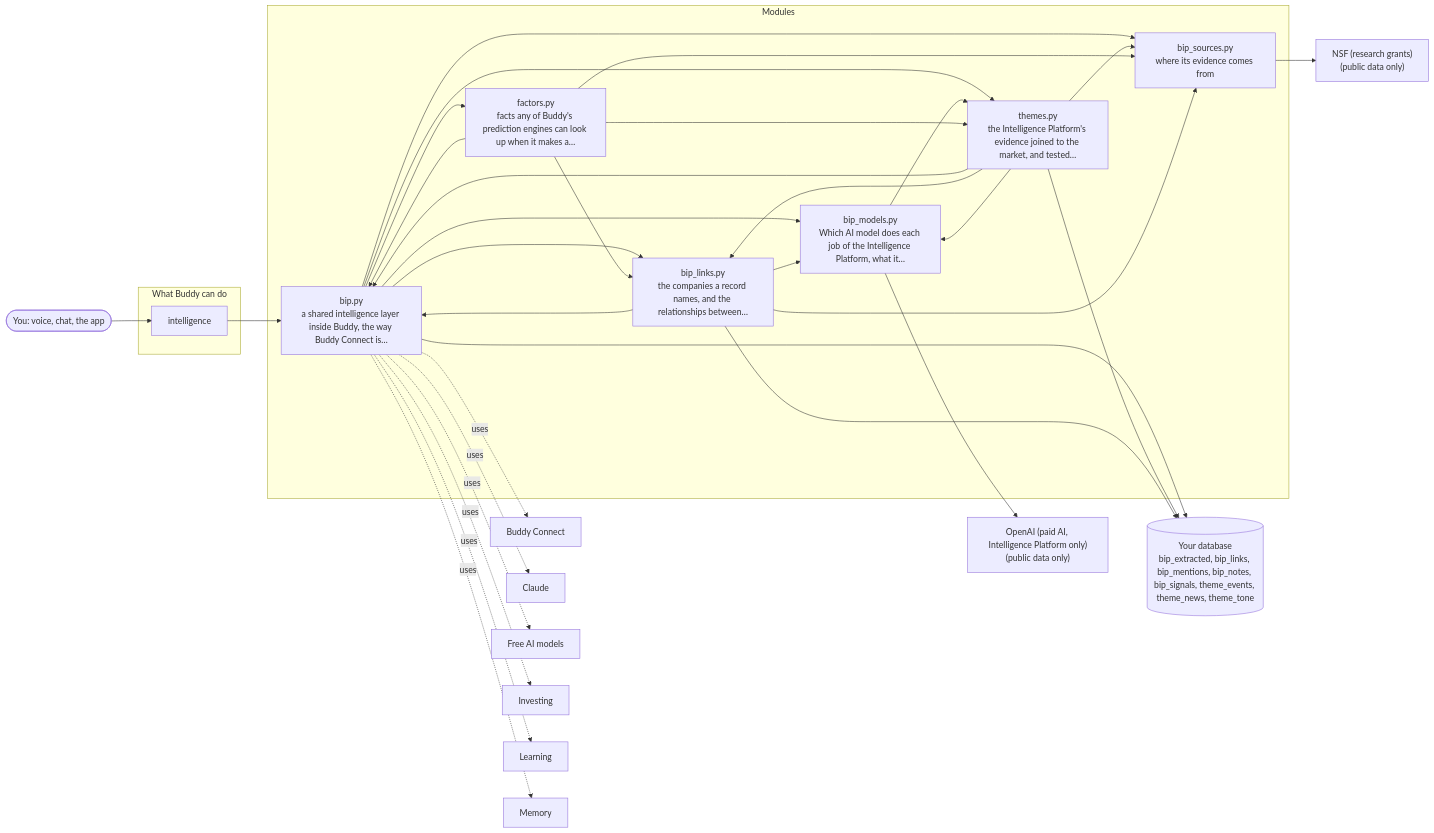
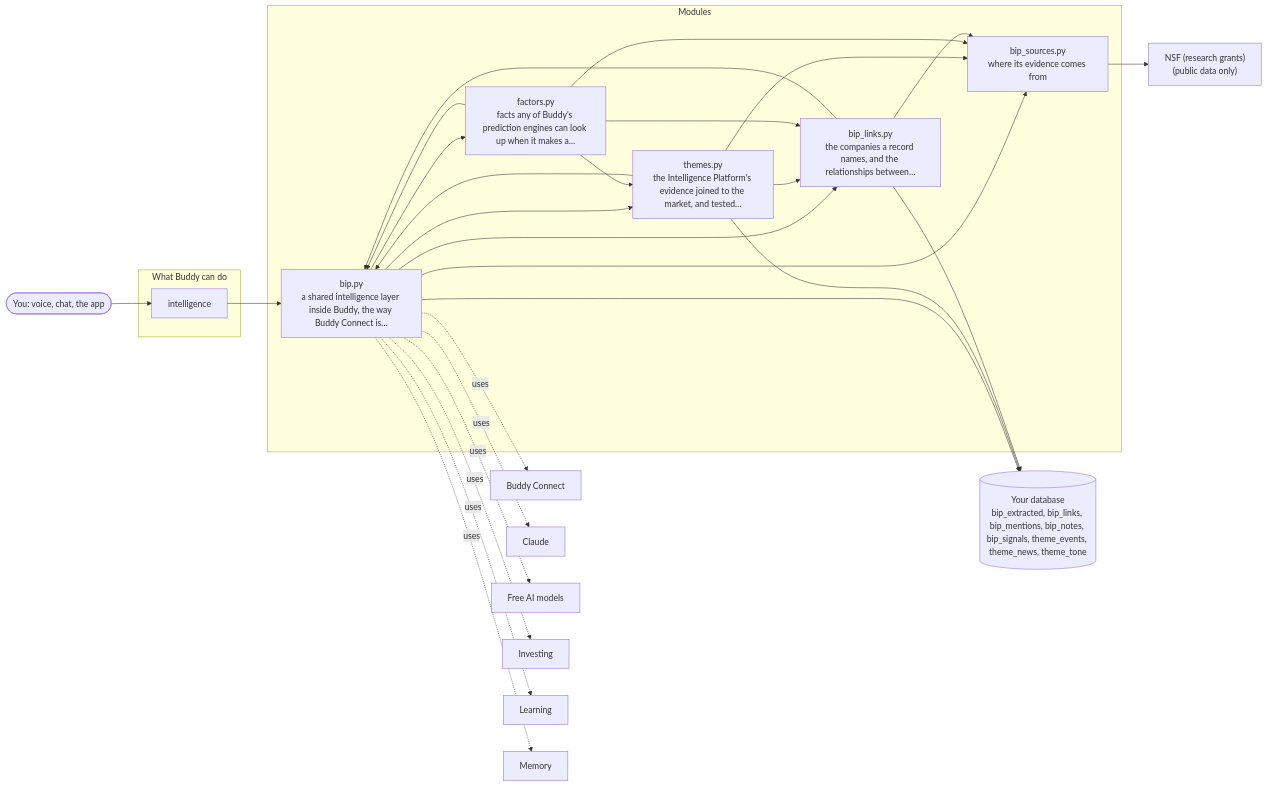
Before and after one commit to aneesh304810/BuddyAgent: the diagram in docs/architecture/20-buddy-intelligence-platform.md, drawn with Mermaid. The commit also changed other lines of this file and 29 other files, not shown here.

````diff
--- a/docs/architecture/20-buddy-intelligence-platform.md
+++ b/docs/architecture/20-buddy-intelligence-platform.md
@@ -7,54 +7,47 @@
 ```mermaid
 flowchart LR
     you(["You: voice, chat, the app"])
     subgraph Tools["What Buddy can do"]
         t_intelligence["intelligence"]
     end
     subgraph Modules["Modules"]
         bip_py["bip.py<br/>a shared intelligence layer inside Buddy, the way Buddy Connect is…"]
         bip_sources_py["bip_sources.py<br/>where its evidence comes from"]
         themes_py["themes.py<br/>the Intelligence Platform's evidence joined to the market, and tested…"]
-        bip_models_py["bip_models.py<br/>Which AI model does each job of the Intelligence Platform, what it…"]
         factors_py["factors.py<br/>facts any of Buddy's prediction engines can look up when it makes a…"]
         bip_links_py["bip_links.py<br/>the companies a record names, and the relationships between…"]
     end
     you --> t_intelligence
     t_intelligence --> bip_py
     bip_py --> bip_links_py
-    bip_py --> bip_models_py
     bip_py --> bip_sources_py
     bip_py --> factors_py
     bip_py --> themes_py
     themes_py --> bip_py
     themes_py --> bip_links_py
-    themes_py --> bip_models_py
     themes_py --> bip_sources_py
-    bip_models_py --> themes_py
     factors_py --> bip_py
     factors_py --> bip_links_py
     factors_py --> bip_sources_py
     factors_py --> themes_py
     bip_links_py --> bip_py
-    bip_links_py --> bip_models_py
     bip_links_py --> bip_sources_py
     db[("Your database<br/>bip_extracted, bip_links, bip_mentions, bip_notes, bip_signals, theme_events, theme_news, theme_tone")]
     bip_py --> db
     themes_py --> db
     bip_links_py --> db
     s_nsf["NSF (research grants)<br/>(public data only)"]
     bip_sources_py --> s_nsf
-    s_openai["OpenAI (paid AI, Intelligence Platform only)<br/>(public data only)"]
-    bip_models_py --> s_openai
     o_0["Buddy Connect"]
     bip_py -. uses .-> o_0
     o_1["Claude"]
     bip_py -. uses .-> o_1
     o_2["Free AI models"]
     bip_py -. uses .-> o_2
     o_3["Investing"]
     bip_py -. uses .-> o_3
     o_4["Learning"]
     bip_py -. uses .-> o_4
     o_5["Memory"]
     bip_py -. uses .-> o_5
 ```
````
